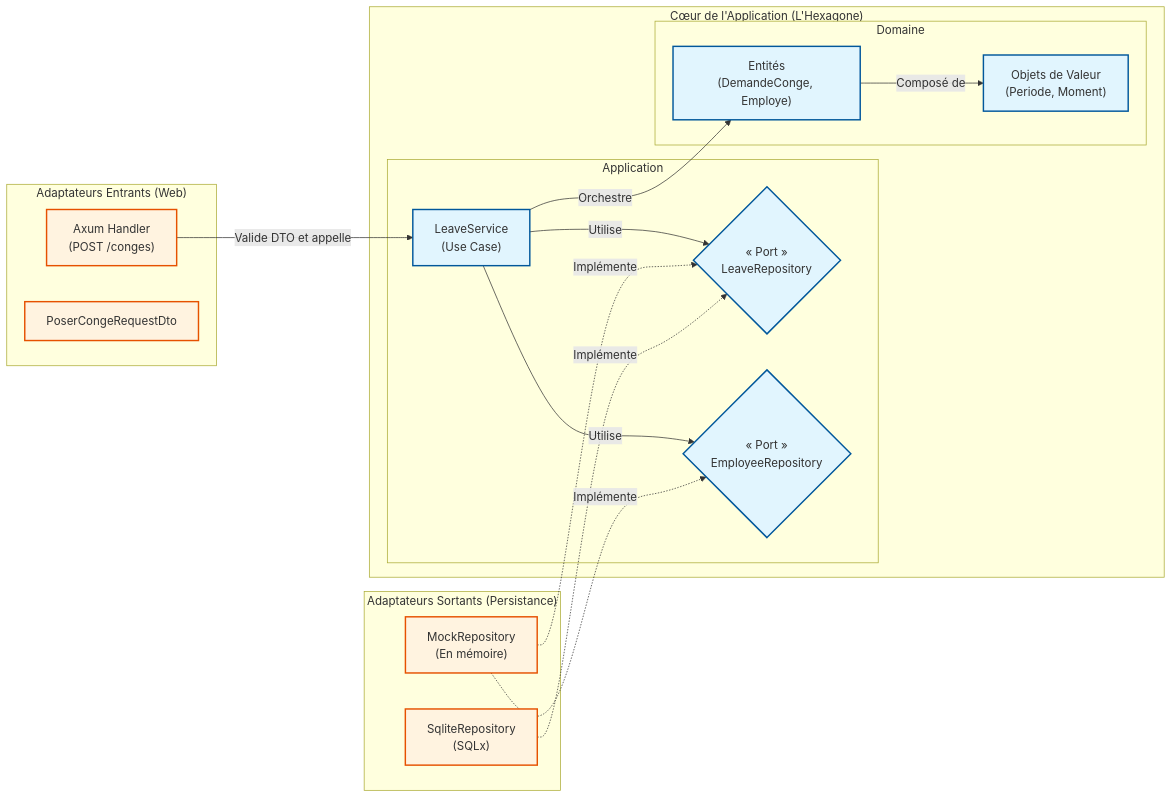
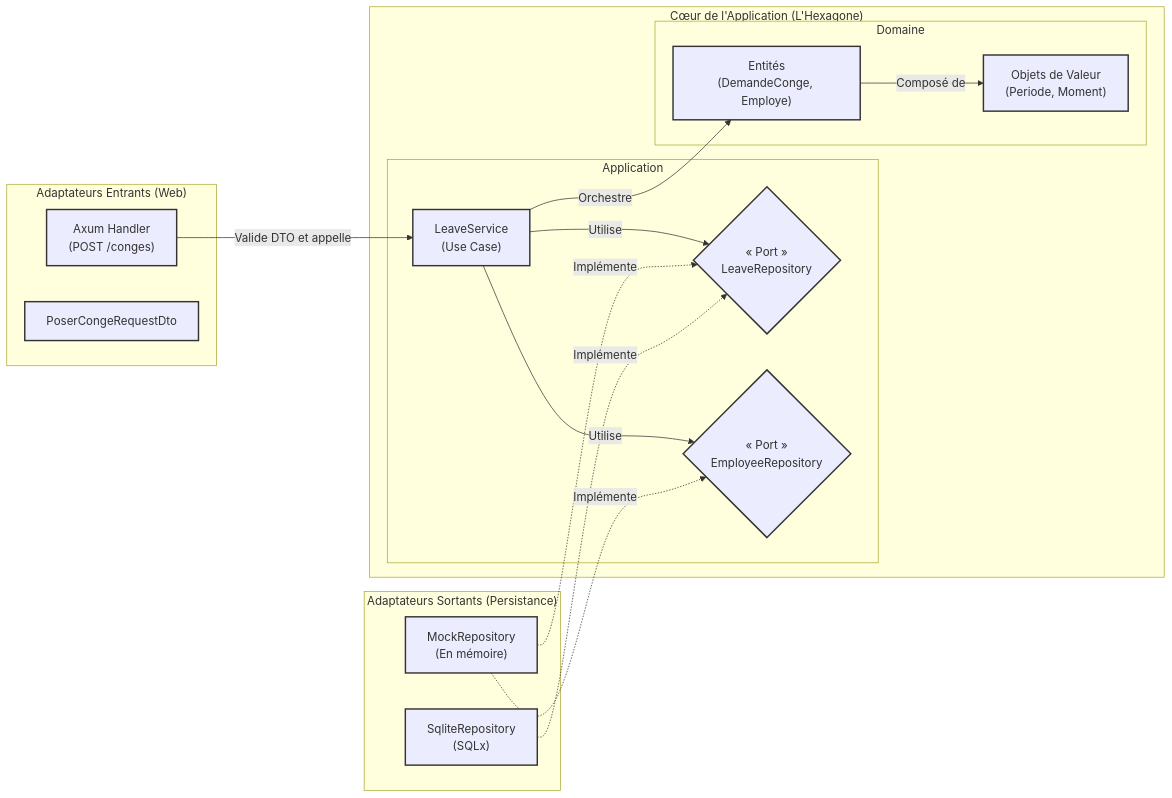
Before and after one commit to TheoHadj/SoftwareArchiRS: the second of 4 diagrams in README.md, drawn with Mermaid.

Commit message:
clean diagram

````diff
--- a/README.md
+++ b/README.md
@@ -160,45 +160,48 @@
 ```mermaid
 graph LR
     subgraph "Adaptateurs Entrants (Web)"
         API["Axum Handler\n(POST /conges)"]
         DTO["PoserCongeRequestDto"]
     end
 
     subgraph "Cœur de l'Application (L'Hexagone)"
         subgraph "Application"
             Service["LeaveService\n(Use Case)"]
             PortLeave{"« Port »\nLeaveRepository"}
             PortEmp{"« Port »\nEmployeeRepository"}
         end
         
         subgraph "Domaine"
             Entites["Entités\n(DemandeConge, Employe)"]
             VO["Objets de Valeur\n(Periode, Moment)"]
         end
     end
 
     subgraph "Adaptateurs Sortants (Persistance)"
         Mock["MockRepository\n(En mémoire)"]
         SQLite["SqliteRepository\n(SQLx)"]
     end
 
     %% Flux d'exécution (Entrant)
     API -->|Valide DTO et appelle| Service
     
     %% Règle de dépendance du DDD
     Service -->|Orchestre| Entites
     Entites -->|Composé de| VO
 
     %% Injection de dépendances (Ports et Adaptateurs)
     Service -->|Utilise| PortLeave
     Service -->|Utilise| PortEmp
     
     Mock -.->|Implémente| PortEmp
     Mock -.->|Implémente| PortLeave
     SQLite -.->|Implémente| PortLeave
 
-    classDef core fill:#e1f5fe,stroke:#01579b,stroke-width:2px;
-    classDef adapter fill:#fff3e0,stroke:#e65100,stroke-width:2px;
-    class Service,PortLeave,PortEmp,Entites,VO core;
+    classDef domain fill:#ddf9f,stroke:#333,stroke-width:2px;
+    classDef app fill:#ddbbf,stroke:#333,stroke-width:2px;
+    classDef adapter fill:#ddffd,stroke:#333,stroke-width:2px;
+
+    class Entites,VO domain;
+    class Service,PortLeave,PortEmp app;
     class API,DTO,Mock,SQLite adapter;
 ```
````
